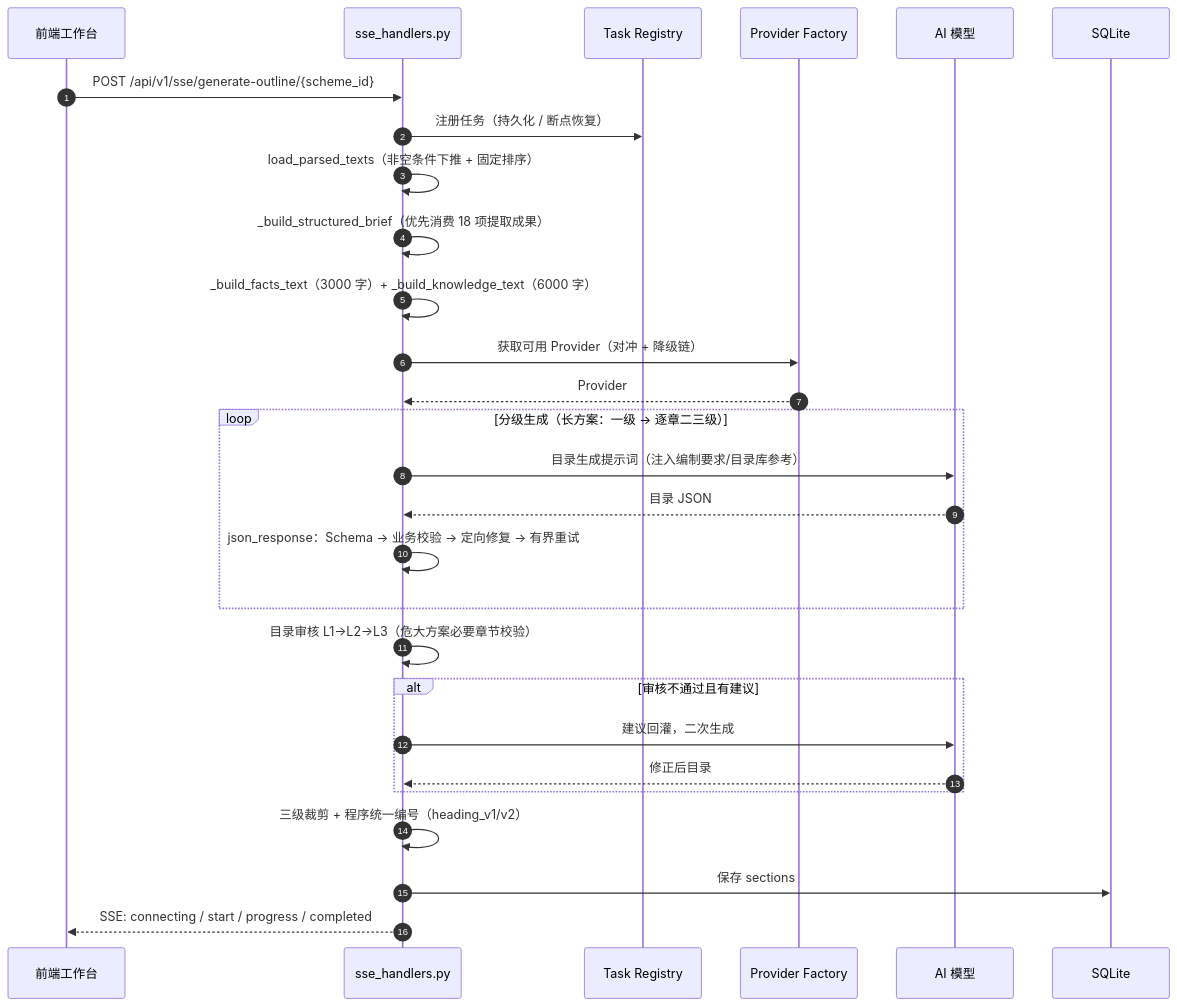
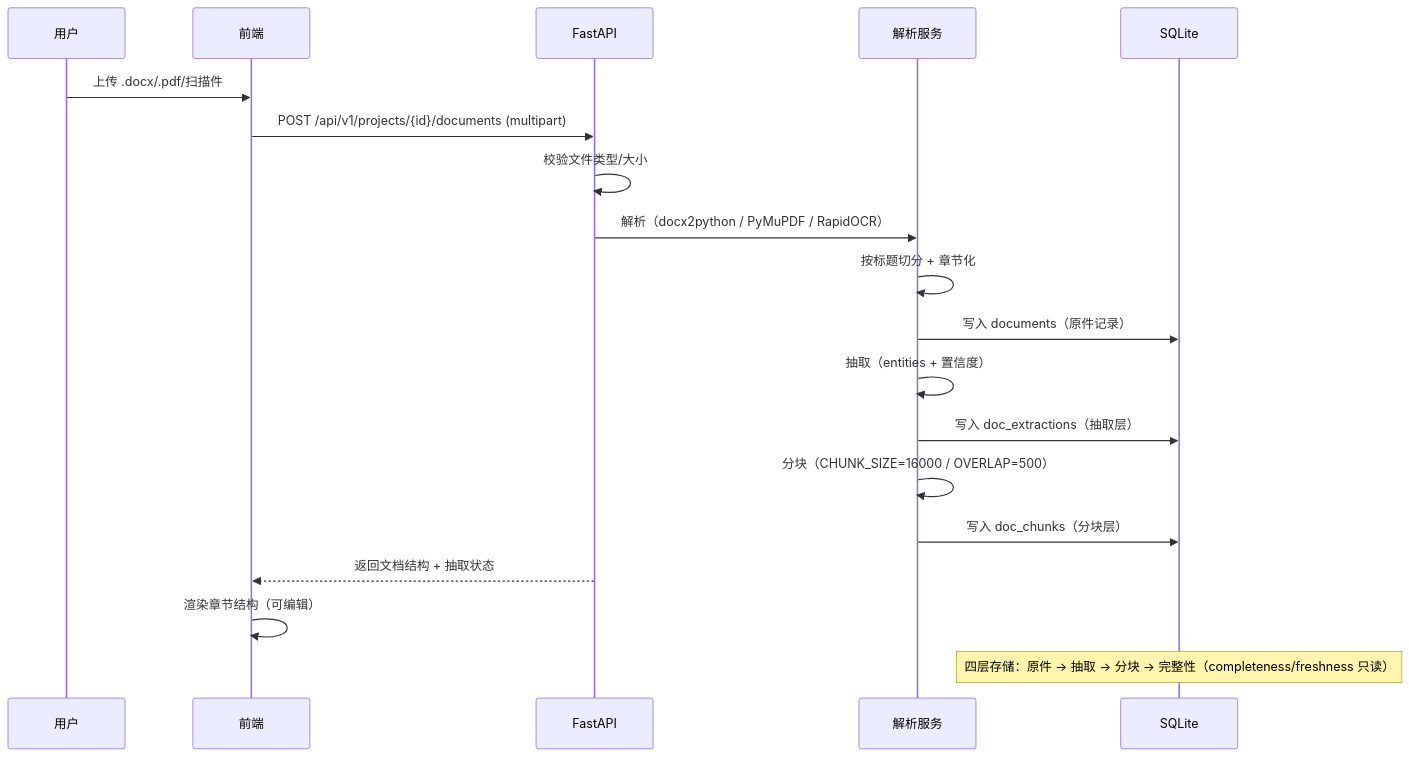
One commit to he-fei-ai/bidforge-jiangong changed diagram 12 of 34 in docs/技术架构文档.MD. Above: the diagram before and after it, drawn with Mermaid. The commit also changed other lines of this file and 2 other files, not shown here.

First line of the commit message:
docs: 主文档更新至 v5.4，合并 v5.3 图集并对齐 2026-11-09 实测数字

````diff
--- a/docs/技术架构文档.MD
+++ b/docs/技术架构文档.MD
@@ -561,30 +740,22 @@
 ```mermaid
 sequenceDiagram
-    autonumber
-    participant U as 前端工作台
-    participant S as sse_handlers.py
-    participant T as Task Registry
-    participant P as Provider Factory
-    participant A as AI 模型
+    participant U as 用户
+    participant F as 前端
+    participant A as FastAPI
+    participant S as 解析服务
     participant D as SQLite
-    U->>S: POST /api/v1/sse/generate-outline/{scheme_id}
-    S->>T: 注册任务（持久化 / 断点恢复）
-    S->>S: load_parsed_texts（非空条件下推 + 固定排序）
-    S->>S: _build_structured_brief（优先消费 18 项提取成果）
-    S->>S: _build_facts_text（3000 字）+ _build_knowledge_text（6000 字）
-    S->>P: 获取可用 Provider（对冲 + 降级链）
-    P-->>S: Provider
-    loop 分级生成（长方案：一级 → 逐章二三级）
-        S->>A: 目录生成提示词（注入编制要求/目录库参考）
-        A-->>S: 目录 JSON
-        S->>S: json_response：Schema → 业务校验 → 定向修复 → 有界重试
-    end
-    S->>S: 目录审核 L1→L2→L3（危大方案必要章节校验）
-    alt 审核不通过且有建议
-        S->>A: 建议回灌，二次生成
-        A-->>S: 修正后目录
-    end
-    S->>S: 三级裁剪 + 程序统一编号（heading_v1/v2）
-    S->>D: 保存 sections
-    S-->>U: SSE: connecting / start / progress / completed
+
+    U->>F: 上传 .docx/.pdf/扫描件
+    F->>A: POST /api/v1/projects/{id}/documents (multipart)
+    A->>A: 校验文件类型/大小
+    A->>S: 解析（docx2python / PyMuPDF / RapidOCR）
+    S->>S: 按标题切分 + 章节化
+    S->>D: 写入 documents（原件记录）
+    S->>S: 抽取（entities + 置信度）
+    S->>D: 写入 doc_extractions（抽取层）
+    S->>S: 分块（CHUNK_SIZE=16000 / OVERLAP=500）
+    S->>D: 写入 doc_chunks（分块层）
+    A-->>F: 返回文档结构 + 抽取状态
+    F->>F: 渲染章节结构（可编辑）
+    Note over D: 四层存储：原件 → 抽取 → 分块 → 完整性（completeness/freshness 只读）
 ```
````
